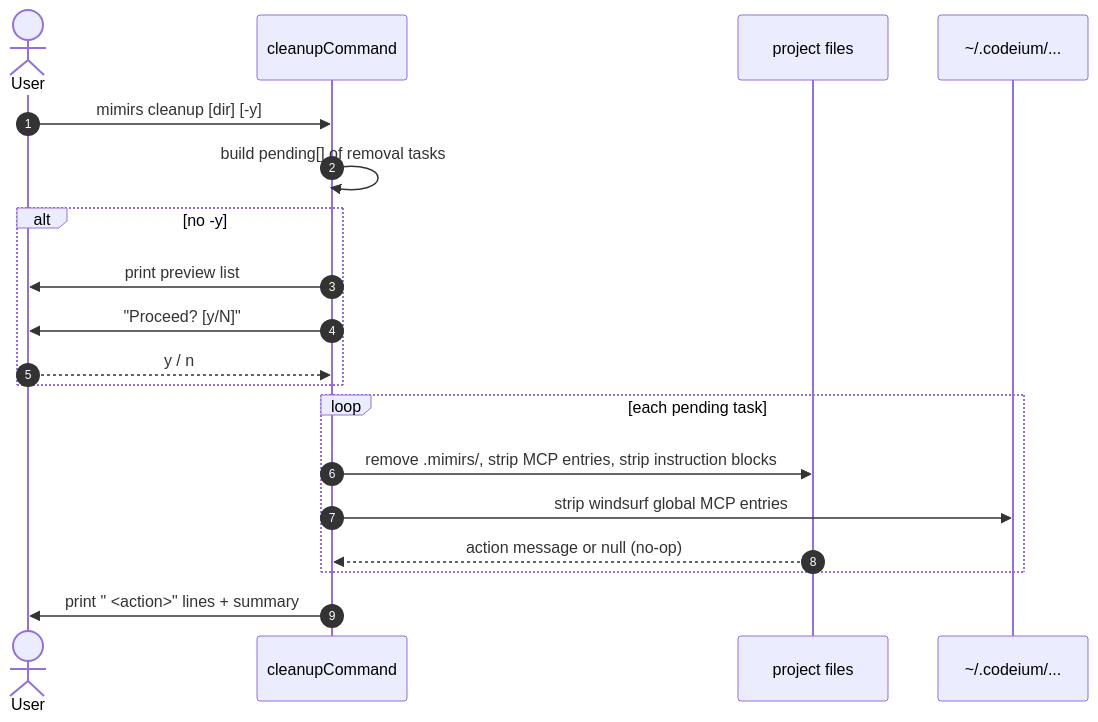
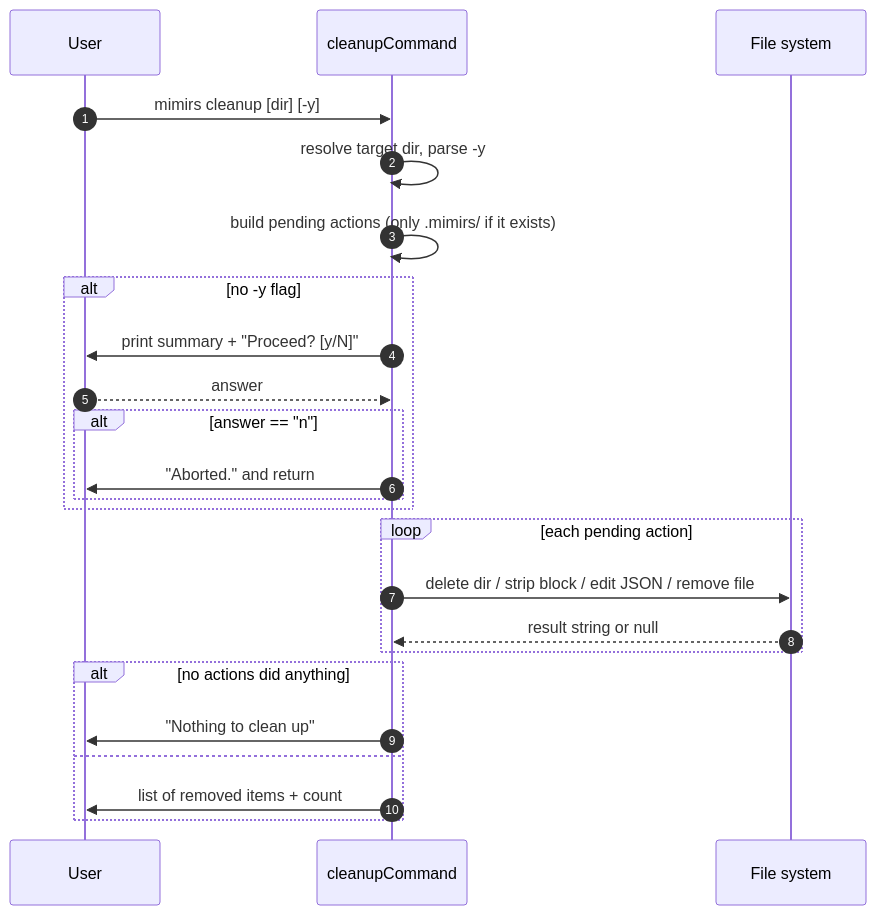
The diagram in wiki/cli/cleanup.md (TheWinci/mimirs), drawn with Mermaid before and after one commit. The commit also changed other lines of this file and 52 other files, not shown here.

````diff
--- a/wiki/cli/cleanup.md
+++ b/wiki/cli/cleanup.md
@@ -9,22 +11,26 @@
 ```mermaid
 sequenceDiagram
     autonumber
-    actor User
+    participant User
     participant Cmd as cleanupCommand
-    participant FS as project files
-    participant Home as ~/.codeium/...
-
+    participant FS as File system
     User->>Cmd: mimirs cleanup [dir] [-y]
-    Cmd->>Cmd: build pending[] of removal tasks
-    alt no -y
-        Cmd->>User: print preview list
-        Cmd->>User: "Proceed? [y/N]"
-        User-->>Cmd: y / n
+    Cmd->>Cmd: resolve target dir, parse -y
+    Cmd->>Cmd: build pending actions (only .mimirs/ if it exists)
+    alt no -y flag
+        Cmd->>User: print summary + "Proceed? [y/N]"
+        User-->>Cmd: answer
+        alt answer == "n"
+            Cmd->>User: "Aborted." and return
+        end
     end
-    loop each pending task
-        Cmd->>FS: remove .mimirs/, strip MCP entries, strip instruction blocks
-        Cmd->>Home: strip windsurf global MCP entries
-        FS-->>Cmd: action message or null (no-op)
+    loop each pending action
+        Cmd->>FS: delete dir / strip block / edit JSON / remove file
+        FS-->>Cmd: result string or null
     end
-    Cmd->>User: print "  <action>" lines + summary
+    alt no actions did anything
+        Cmd->>User: "Nothing to clean up"
+    else
+        Cmd->>User: list of removed items + count
+    end
 ```
````
